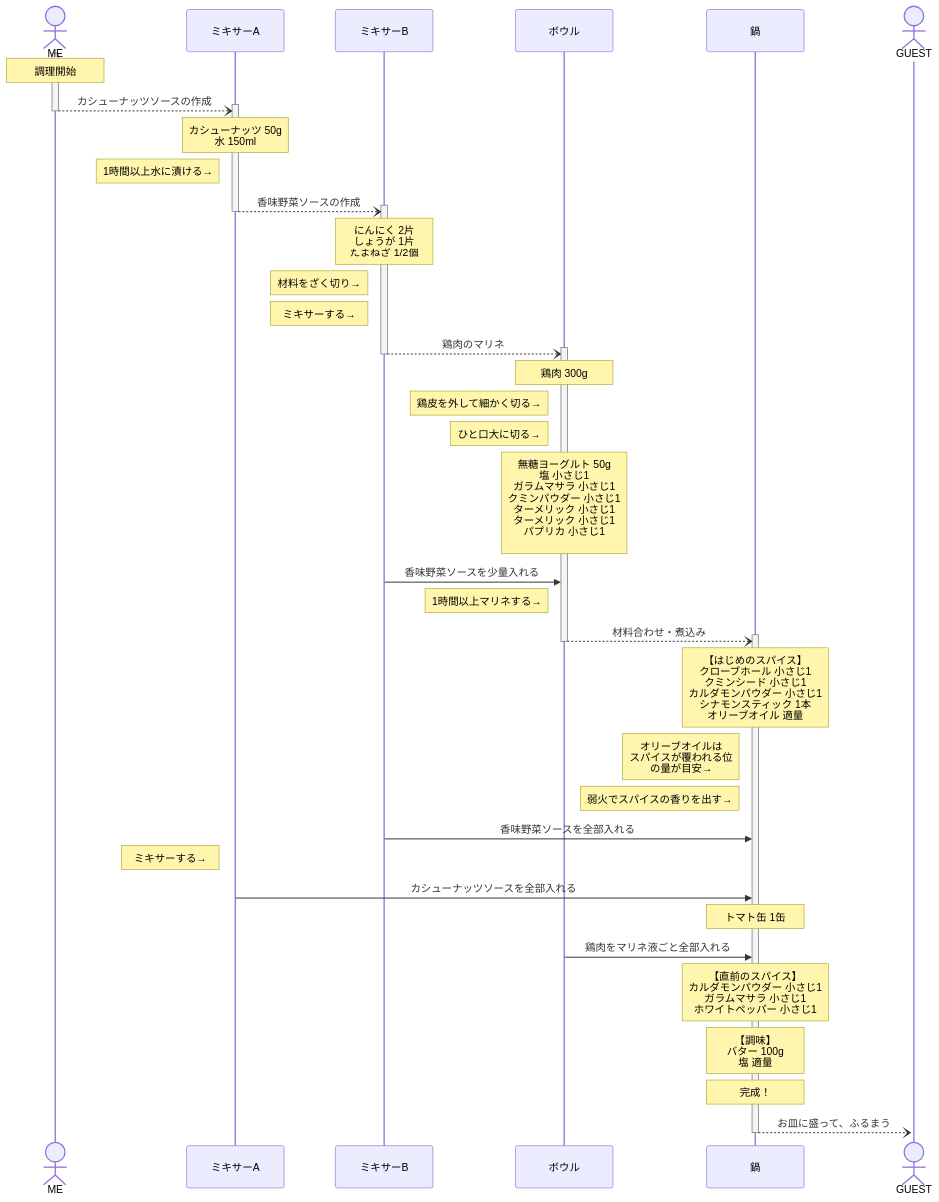
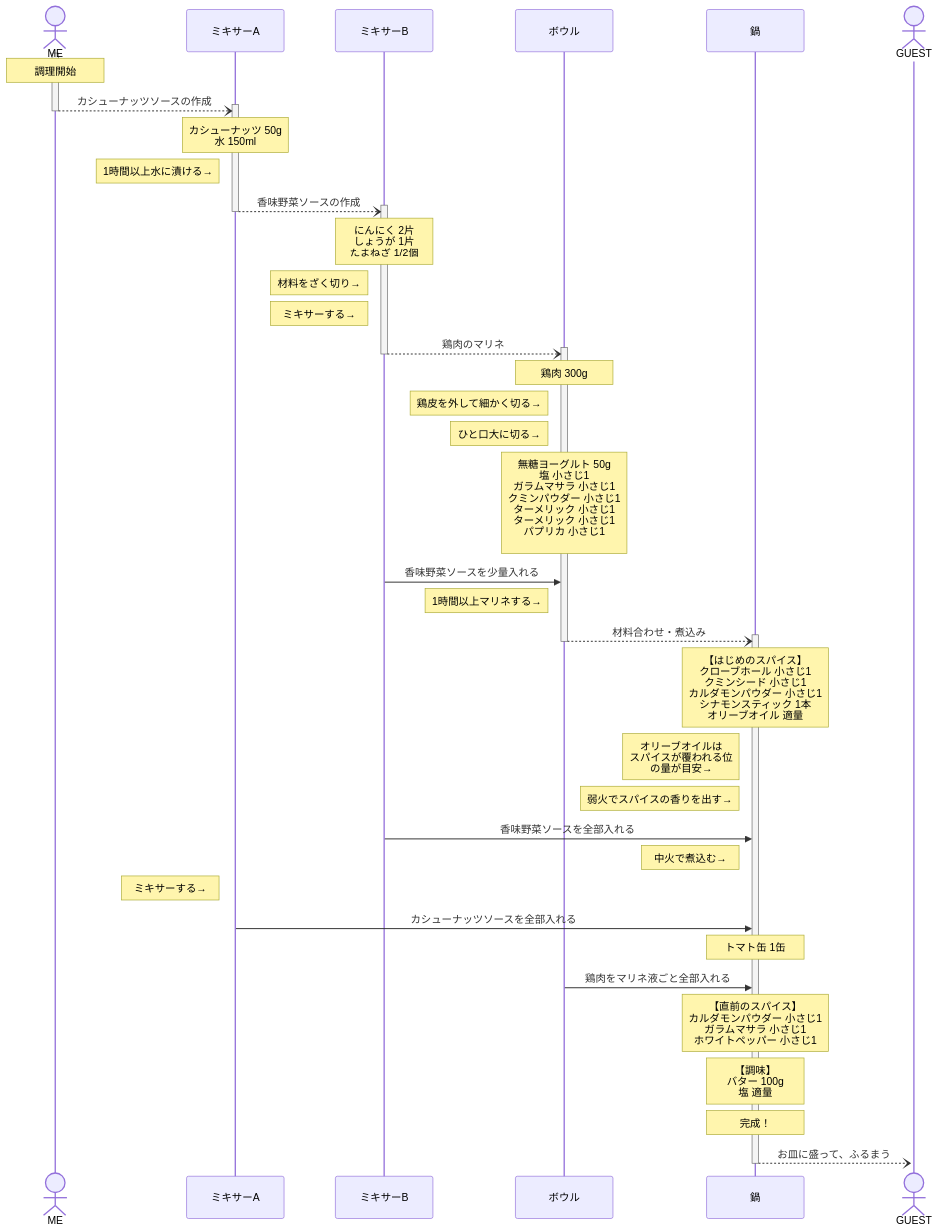
One commit to mittasoon/myrecipes changed the diagram in バターチキンカレー.md. Above: the diagram before and after it, drawn with Mermaid.

Commit message:
35行目にNoteを追加

````diff
--- a/バターチキンカレー.md
+++ b/バターチキンカレー.md
@@ -1,44 +1,45 @@
 ```mermaid
 sequenceDiagram
     %% "KW" stands for "kitchenware"
     actor ME
     participant ミキサーA
     participant ミキサーB
     participant ボウル
     participant 鍋
     actor GUEST
     activate ME
     Note over ME:調理開始
     ME--)+ミキサーA:カシューナッツソースの作成
     deactivate ME
     Note over ミキサーA:カシューナッツ 50g<br/>水 150ml
     Note left of ミキサーA:1時間以上水に漬ける→
     ミキサーA--)+ミキサーB:香味野菜ソースの作成
     deactivate ミキサーA
     Note over ミキサーB:にんにく 2片<br/>しょうが 1片<br/>たまねぎ 1/2個
     Note left of ミキサーB:材料をざく切り→
     Note left of ミキサーB:ミキサーする→
     ミキサーB--)+ボウル:鶏肉のマリネ
     deactivate ミキサーB
     Note over ボウル:鶏肉 300g
     Note left of ボウル:鶏皮を外して細かく切る→
     Note left of ボウル:ひと口大に切る→
     Note over ボウル:無糖ヨーグルト 50g<br/>塩 小さじ1<br/>ガラムマサラ 小さじ1<br/>クミンパウダー 小さじ1<br/>ターメリック 小さじ1<br/>ターメリック 小さじ1<br/>パプリカ 小さじ1<br/>
     ミキサーB->>ボウル:香味野菜ソースを少量入れる
     Note left of ボウル:1時間以上マリネする→
     ボウル--)+鍋:材料合わせ・煮込み
     deactivate ボウル
     Note over 鍋:【はじめのスパイス】<br/>クローブホール 小さじ1<br/>クミンシード 小さじ1<br/>カルダモンパウダー 小さじ1<br/>シナモンスティック 1本<br/>オリーブオイル 適量
     Note left of 鍋:オリーブオイルは<br/>スパイスが覆われる位<br/>の量が目安→
     Note left of 鍋:弱火でスパイスの香りを出す→
     ミキサーB->>鍋:香味野菜ソースを全部入れる
+    Note left of 鍋:中火で煮込む→
     Note left of ミキサーA:ミキサーする→
     ミキサーA->>鍋:カシューナッツソースを全部入れる
     Note over 鍋:トマト缶 1缶
     ボウル->>鍋:鶏肉をマリネ液ごと全部入れる
     Note over 鍋:【直前のスパイス】<br/>カルダモンパウダー 小さじ1<br/>ガラムマサラ 小さじ1<br/>ホワイトペッパー 小さじ1
     Note over 鍋:【調味】<br/>バター 100g<br/>塩 適量
     Note over 鍋:完成！
     鍋--)+GUEST:お皿に盛って、ふるまう
     deactivate 鍋
 ```
````
